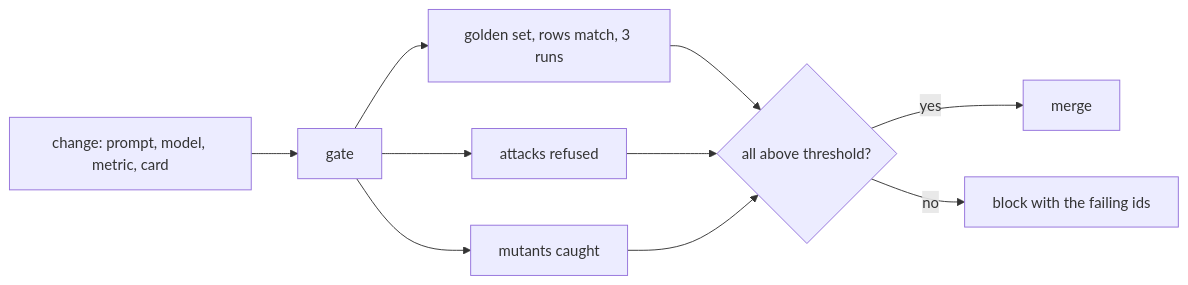
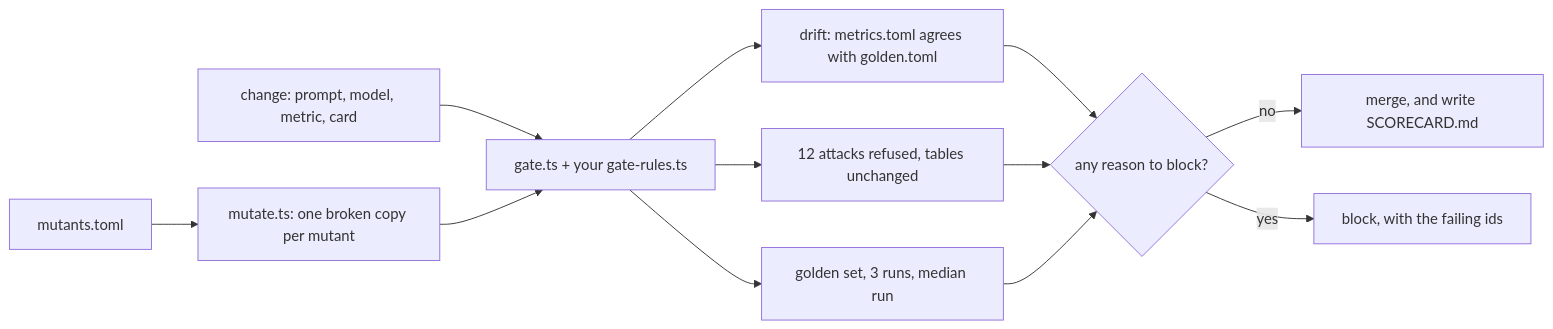
One commit to learnwithparam/agentic-commerce-data changed the diagram in parts/09-gate-every-change/README.md. Above: the diagram before and after it, drawn with Mermaid. The commit also changed other lines of this file and 44 other files, not shown here.

````diff
--- a/parts/09-gate-every-change/README.md
+++ b/parts/09-gate-every-change/README.md
@@ -20,10 +23,12 @@
 ```mermaid
 flowchart LR
-  CH[change: prompt, model, metric, card] --> G[gate]
-  G --> GS[golden set, rows match, 3 runs]
-  G --> AT[attacks refused]
-  G --> MU[mutants caught]
-  GS & AT & MU --> D{all above threshold?}
-  D -- yes --> SHIP[merge]
-  D -- no --> BLOCK[block with the failing ids]
+  CH[change: prompt, model, metric, card] --> G[gate.ts + your gate-rules.ts]
+  G --> DR[drift: metrics.toml agrees with golden.toml]
+  G --> AT[12 attacks refused, tables unchanged]
+  G --> GS[golden set, 3 runs, median run]
+  DR & AT & GS --> D{any reason to block?}
+  D -- no --> SHIP[merge, and write SCORECARD.md]
+  D -- yes --> BLOCK[block, with the failing ids]
+  MU[mutants.toml] --> MR[mutate.ts: one broken copy per mutant]
+  MR --> G
 ```
````
